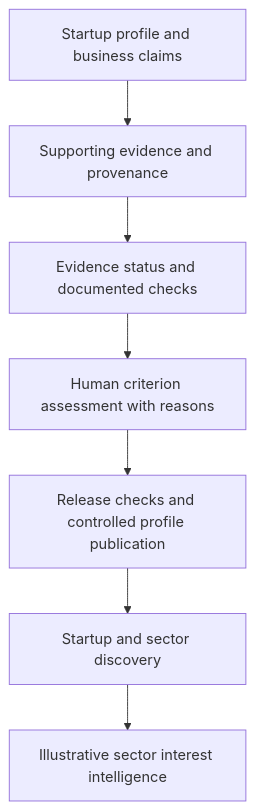
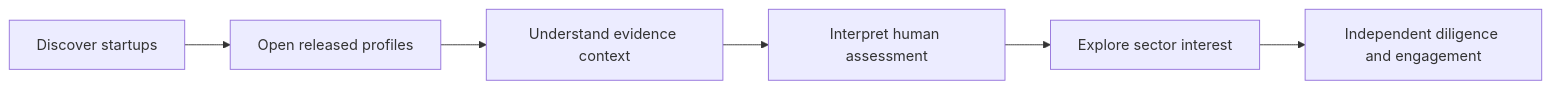
One commit to muhafzaala/nexora-prototype changed the first of 3 diagrams in README.md. Above: the diagram before and after it, drawn with Mermaid. The commit also changed other lines of this file, not shown here.

````diff
--- a/README.md
+++ b/README.md
@@ -121,9 +166,8 @@
 ```mermaid
-flowchart TD
-    A[Startup profile and business claims] --> B[Supporting evidence and provenance]
-    B --> C[Evidence status and documented checks]
-    C --> D[Human criterion assessment with reasons]
-    D --> E[Release checks and controlled profile publication]
-    E --> F[Startup and sector discovery]
-    F --> G[Illustrative sector interest intelligence]
+flowchart LR
+    A[Discover startups] --> B[Open released profiles]
+    B --> C[Understand evidence context]
+    C --> D[Interpret human assessment]
+    D --> E[Explore sector interest]
+    E --> F[Independent diligence and engagement]
 ```
````
